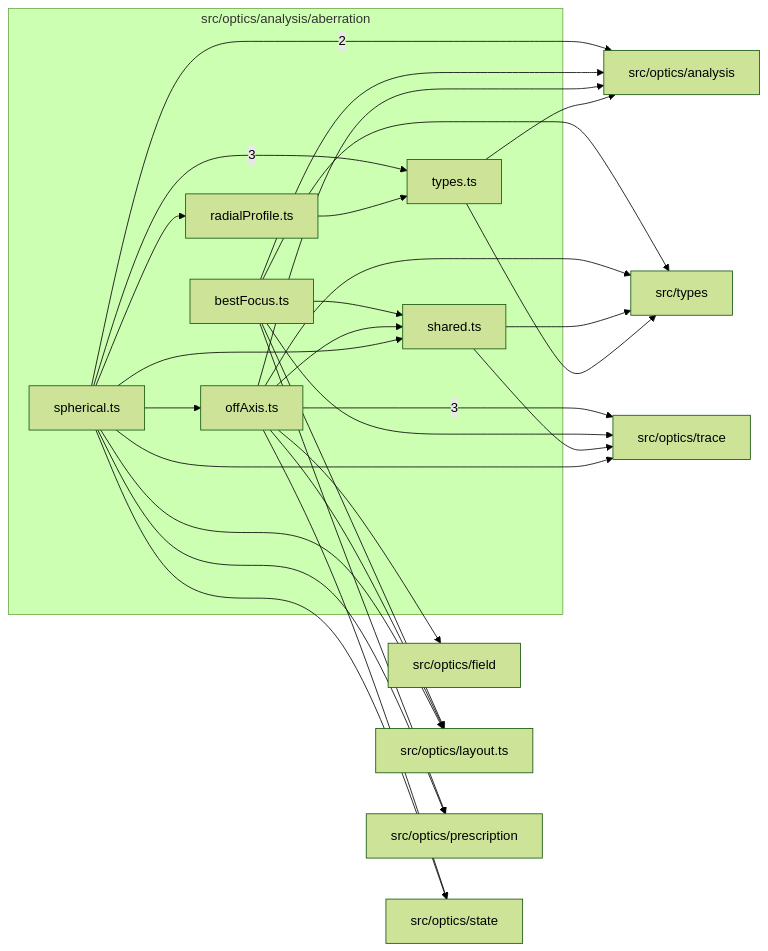
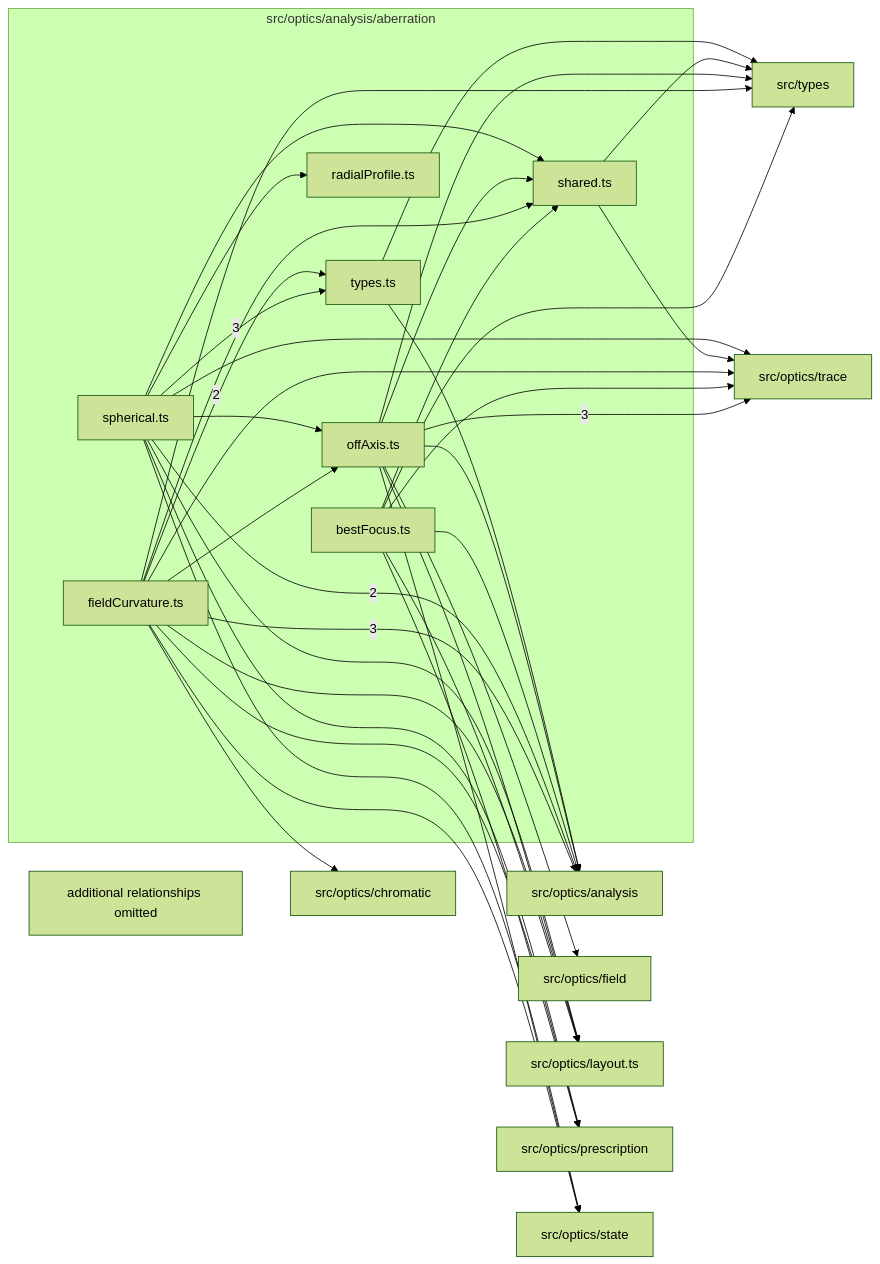
The diagram in src/optics/analysis/aberration/readme.md (ronbuening/LensVisualizer), drawn with Mermaid (forest theme) before and after one commit. The commit also changed other lines of this file and 43 other files, not shown here.

Commit message:
S7.P2.T3 Field curvature and astigmatism, including chromatic field curvature, on AnalysisRequest

````diff
--- a/src/optics/analysis/aberration/readme.md
+++ b/src/optics/analysis/aberration/readme.md
@@ -9,45 +9,57 @@
 ```mermaid
 flowchart LR
   subgraph n_src_optics_analysis_aberration["src/optics/analysis/aberration"]
     n_src_optics_analysis_aberration_src_optics_analysis_aberration_bestFocus_ts["bestFocus.ts"]
+    n_src_optics_analysis_aberration_src_optics_analysis_aberration_fieldCurvature_ts["fieldCurvature.ts"]
     n_src_optics_analysis_aberration_src_optics_analysis_aberration_offAxis_ts["offAxis.ts"]
     n_src_optics_analysis_aberration_src_optics_analysis_aberration_radialProfile_ts["radialProfile.ts"]
     n_src_optics_analysis_aberration_src_optics_analysis_aberration_shared_ts["shared.ts"]
     n_src_optics_analysis_aberration_src_optics_analysis_aberration_spherical_ts["spherical.ts"]
     n_src_optics_analysis_aberration_src_optics_analysis_aberration_types_ts["types.ts"]
   end
+  n_external_src_optics_analysis["src/optics/analysis"]
   n_external_src_optics_trace["src/optics/trace"]
-  n_external_src_optics_analysis["src/optics/analysis"]
+  n_external_src_optics_chromatic["src/optics/chromatic"]
   n_external_src_optics_field["src/optics/field"]
   n_external_src_optics_layout_ts["src/optics/layout.ts"]
   n_external_src_optics_prescription["src/optics/prescription"]
   n_external_src_optics_state["src/optics/state"]
   n_external_src_types["src/types"]
+  n_src_optics_analysis_aberration_src_optics_analysis_aberration_fieldCurvature_ts --> |3| n_external_src_optics_analysis
   n_src_optics_analysis_aberration_src_optics_analysis_aberration_offAxis_ts --> |3| n_external_src_optics_trace
   n_src_optics_analysis_aberration_src_optics_analysis_aberration_spherical_ts --> |3| n_src_optics_analysis_aberration_src_optics_analysis_aberration_types_ts
   n_src_optics_analysis_aberration_src_optics_analysis_aberration_spherical_ts --> |2| n_external_src_optics_analysis
+  n_src_optics_analysis_aberration_src_optics_analysis_aberration_fieldCurvature_ts --> |2| n_src_optics_analysis_aberration_src_optics_analysis_aberration_types_ts
   n_src_optics_analysis_aberration_src_optics_analysis_aberration_bestFocus_ts --> n_external_src_optics_analysis
   n_src_optics_analysis_aberration_src_optics_analysis_aberration_offAxis_ts --> n_external_src_optics_analysis
   n_src_optics_analysis_aberration_src_optics_analysis_aberration_types_ts --> n_external_src_optics_analysis
+  n_src_optics_analysis_aberration_src_optics_analysis_aberration_fieldCurvature_ts --> n_external_src_optics_chromatic
   n_src_optics_analysis_aberration_src_optics_analysis_aberration_offAxis_ts --> n_external_src_optics_field
   n_src_optics_analysis_aberration_src_optics_analysis_aberration_bestFocus_ts --> n_external_src_optics_layout_ts
+  n_src_optics_analysis_aberration_src_optics_analysis_aberration_fieldCurvature_ts --> n_external_src_optics_layout_ts
   n_src_optics_analysis_aberration_src_optics_analysis_aberration_offAxis_ts --> n_external_src_optics_layout_ts
   n_src_optics_analysis_aberration_src_optics_analysis_aberration_spherical_ts --> n_external_src_optics_layout_ts
   n_src_optics_analysis_aberration_src_optics_analysis_aberration_bestFocus_ts --> n_external_src_optics_prescription
+  n_src_optics_analysis_aberration_src_optics_analysis_aberration_fieldCurvature_ts --> n_external_src_optics_prescription
   n_src_optics_analysis_aberration_src_optics_analysis_aberration_spherical_ts --> n_external_src_optics_prescription
+  n_src_optics_analysis_aberration_src_optics_analysis_aberration_fieldCurvature_ts --> n_external_src_optics_state
   n_src_optics_analysis_aberration_src_optics_analysis_aberration_offAxis_ts --> n_external_src_optics_state
   n_src_optics_analysis_aberration_src_optics_analysis_aberration_spherical_ts --> n_external_src_optics_state
   n_src_optics_analysis_aberration_src_optics_analysis_aberration_bestFocus_ts --> n_external_src_optics_trace
+  n_src_optics_analysis_aberration_src_optics_analysis_aberration_fieldCurvature_ts --> n_external_src_optics_trace
   n_src_optics_analysis_aberration_src_optics_analysis_aberration_shared_ts --> n_external_src_optics_trace
   n_src_optics_analysis_aberration_src_optics_analysis_aberration_spherical_ts --> n_external_src_optics_trace
   n_src_optics_analysis_aberration_src_optics_analysis_aberration_bestFocus_ts --> n_external_src_types
+  n_src_optics_analysis_aberration_src_optics_analysis_aberration_fieldCurvature_ts --> n_external_src_types
   n_src_optics_analysis_aberration_src_optics_analysis_aberration_offAxis_ts --> n_external_src_types
   n_src_optics_analysis_aberration_src_optics_analysis_aberration_shared_ts --> n_external_src_types
   n_src_optics_analysis_aberration_src_optics_analysis_aberration_types_ts --> n_external_src_types
+  n_src_optics_analysis_aberration_src_optics_analysis_aberration_fieldCurvature_ts --> n_src_optics_analysis_aberration_src_optics_analysis_aberration_offAxis_ts
   n_src_optics_analysis_aberration_src_optics_analysis_aberration_spherical_ts --> n_src_optics_analysis_aberration_src_optics_analysis_aberration_offAxis_ts
   n_src_optics_analysis_aberration_src_optics_analysis_aberration_spherical_ts --> n_src_optics_analysis_aberration_src_optics_analysis_aberration_radialProfile_ts
   n_src_optics_analysis_aberration_src_optics_analysis_aberration_bestFocus_ts --> n_src_optics_analysis_aberration_src_optics_analysis_aberration_shared_ts
+  n_src_optics_analysis_aberration_src_optics_analysis_aberration_fieldCurvature_ts --> n_src_optics_analysis_aberration_src_optics_analysis_aberration_shared_ts
   n_src_optics_analysis_aberration_src_optics_analysis_aberration_offAxis_ts --> n_src_optics_analysis_aberration_src_optics_analysis_aberration_shared_ts
   n_src_optics_analysis_aberration_src_optics_analysis_aberration_spherical_ts --> n_src_optics_analysis_aberration_src_optics_analysis_aberration_shared_ts
-  n_src_optics_analysis_aberration_src_optics_analysis_aberration_radialProfile_ts --> n_src_optics_analysis_aberration_src_optics_analysis_aberration_types_ts
+  n_src_optics_analysis_aberration_truncated["additional relationships omitted"]
 ```
````
